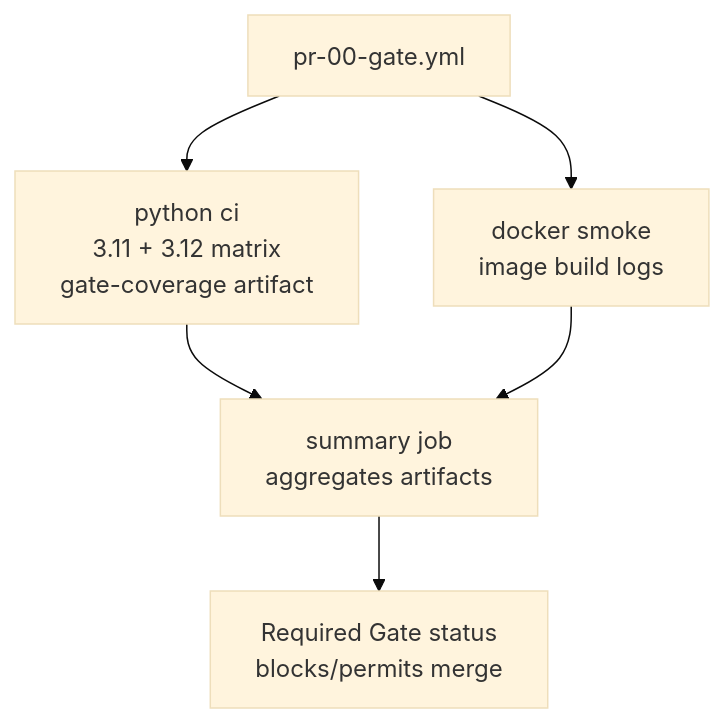
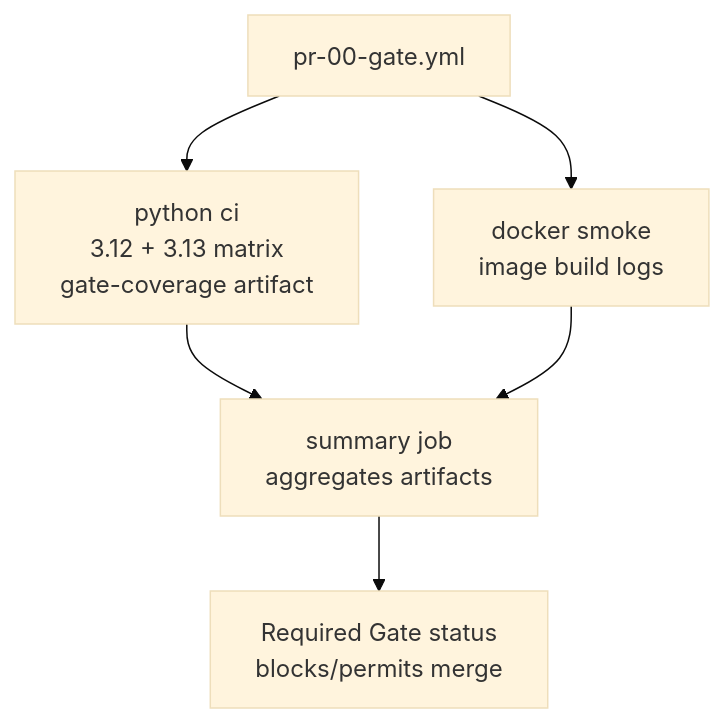
Before and after one commit to iamkayleb/Workflows: the second of 2 diagrams in docs/ci/WORKFLOWS.md, drawn with Mermaid (base theme). The commit also changed other lines of this file and 45 other files, not shown here.

````diff
--- a/docs/ci/WORKFLOWS.md
+++ b/docs/ci/WORKFLOWS.md
@@ -53,8 +53,8 @@
 ```mermaid
 flowchart TD
-    pr00["pr-00-gate.yml"] --> pythonCi["python ci\n3.11 + 3.12 matrix\n gate-coverage artifact"]
+    pr00["pr-00-gate.yml"] --> pythonCi["python ci\n3.12 + 3.13 matrix\n gate-coverage artifact"]
     pr00 --> dockerSmoke["docker smoke\nimage build logs"]
     pythonCi --> summaryJob["summary job\naggregates artifacts"]
     dockerSmoke --> summaryJob
     summaryJob --> status["Required Gate status\nblocks/permits merge"]
 ```
````
